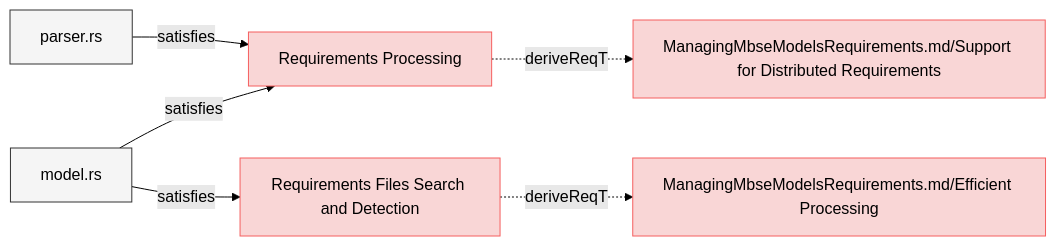
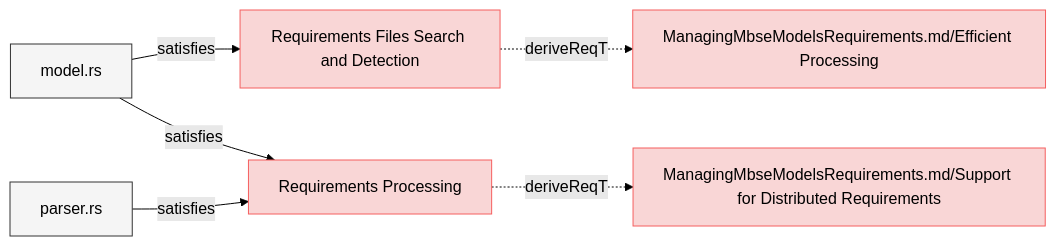
Before and after one commit to reqvire-org/reqvire: the fourth of 8 diagrams in specifications/SystemRequirements/Requirements.md, drawn with Mermaid (forest theme). The commit also changed other lines of this file and 17 other files, not shown here.

Commit message:
Auto-generate diagrams after PR merge to main

````diff
--- a/specifications/SystemRequirements/Requirements.md
+++ b/specifications/SystemRequirements/Requirements.md
@@ -441,32 +441,32 @@
 ```mermaid
 graph LR;
   %% Graph styling
   classDef requirement fill:#f9d6d6,stroke:#f55f5f,stroke-width:1px;
   classDef verification fill:#d6f9d6,stroke:#5fd75f,stroke-width:1px;
   classDef externalLink fill:#d0e0ff,stroke:#3080ff,stroke-width:1px;
   classDef default fill:#f5f5f5,stroke:#333333,stroke-width:1px;
 
-  99bed90a0d96a1d2["Requirements Processing"];
-  click 99bed90a0d96a1d2 "https://github.com/ilijaljubicic/ReqFlow/blob/29a17f176519a28e973567d4102beb95f41075ed/specifications/SystemRequirements/Requirements.md#requirements-processing";
-  class 99bed90a0d96a1d2 requirement;
-  e7286123b1b97862["ManagingMbseModelsRequirements.md/Support for Distributed Requirements"];
-  class e7286123b1b97862 requirement;
-  click e7286123b1b97862 "https://github.com/ilijaljubicic/ReqFlow/blob/29a17f176519a28e973567d4102beb95f41075ed/specifications/ManagingMbseModelsRequirements.md#support-for-distributed-requirements";
-  99bed90a0d96a1d2 -.->|deriveReqT| e7286123b1b97862;
-  6136c216c9f80165["model.rs"];
-  class 6136c216c9f80165 default;
-  click 6136c216c9f80165 "https://github.com/ilijaljubicic/ReqFlow/blob/29a17f176519a28e973567d4102beb95f41075ed/core/src/model.rs";
-  6136c216c9f80165 -->|satisfies| 99bed90a0d96a1d2;
-  3b1e87396caf6495["parser.rs"];
-  class 3b1e87396caf6495 default;
-  click 3b1e87396caf6495 "https://github.com/ilijaljubicic/ReqFlow/blob/29a17f176519a28e973567d4102beb95f41075ed/core/src/parser.rs";
-  3b1e87396caf6495 -->|satisfies| 99bed90a0d96a1d2;
-  2737f2d770aa0757["Requirements Files Search and Detection"];
-  click 2737f2d770aa0757 "https://github.com/ilijaljubicic/ReqFlow/blob/29a17f176519a28e973567d4102beb95f41075ed/specifications/SystemRequirements/Requirements.md#requirements-files-search-and-detection";
-  class 2737f2d770aa0757 requirement;
-  21e4eb87cb55ea5e["ManagingMbseModelsRequirements.md/Efficient Processing"];
-  class 21e4eb87cb55ea5e requirement;
-  click 21e4eb87cb55ea5e "https://github.com/ilijaljubicic/ReqFlow/blob/29a17f176519a28e973567d4102beb95f41075ed/specifications/ManagingMbseModelsRequirements.md#efficient-processing";
-  2737f2d770aa0757 -.->|deriveReqT| 21e4eb87cb55ea5e;
-  6136c216c9f80165 -->|satisfies| 2737f2d770aa0757;
+  fb2eb9df7ab72606["Requirements Files Search and Detection"];
+  click fb2eb9df7ab72606 "https://github.com/ilijaljubicic/ReqFlow/blob/73d5ae1d93adea71fdf4cc508be4d1ae09be068f/specifications/SystemRequirements/Requirements.md#requirements-files-search-and-detection";
+  class fb2eb9df7ab72606 requirement;
+  aac74edfeb367501["ManagingMbseModelsRequirements.md/Efficient Processing"];
+  class aac74edfeb367501 requirement;
+  click aac74edfeb367501 "https://github.com/ilijaljubicic/ReqFlow/blob/73d5ae1d93adea71fdf4cc508be4d1ae09be068f/specifications/ManagingMbseModelsRequirements.md#efficient-processing";
+  fb2eb9df7ab72606 -.->|deriveReqT| aac74edfeb367501;
+  9efd257c4e6a45f9["model.rs"];
+  class 9efd257c4e6a45f9 default;
+  click 9efd257c4e6a45f9 "https://github.com/ilijaljubicic/ReqFlow/blob/73d5ae1d93adea71fdf4cc508be4d1ae09be068f/core/src/model.rs";
+  9efd257c4e6a45f9 -->|satisfies| fb2eb9df7ab72606;
+  6aeba4bf990bc9e4["Requirements Processing"];
+  click 6aeba4bf990bc9e4 "https://github.com/ilijaljubicic/ReqFlow/blob/73d5ae1d93adea71fdf4cc508be4d1ae09be068f/specifications/SystemRequirements/Requirements.md#requirements-processing";
+  class 6aeba4bf990bc9e4 requirement;
+  fe433967471bc04f["ManagingMbseModelsRequirements.md/Support for Distributed Requirements"];
+  class fe433967471bc04f requirement;
+  click fe433967471bc04f "https://github.com/ilijaljubicic/ReqFlow/blob/73d5ae1d93adea71fdf4cc508be4d1ae09be068f/specifications/ManagingMbseModelsRequirements.md#support-for-distributed-requirements";
+  6aeba4bf990bc9e4 -.->|deriveReqT| fe433967471bc04f;
+  9efd257c4e6a45f9 -->|satisfies| 6aeba4bf990bc9e4;
+  f92be9685a777557["parser.rs"];
+  class f92be9685a777557 default;
+  click f92be9685a777557 "https://github.com/ilijaljubicic/ReqFlow/blob/73d5ae1d93adea71fdf4cc508be4d1ae09be068f/core/src/parser.rs";
+  f92be9685a777557 -->|satisfies| 6aeba4bf990bc9e4;
 ```
````
